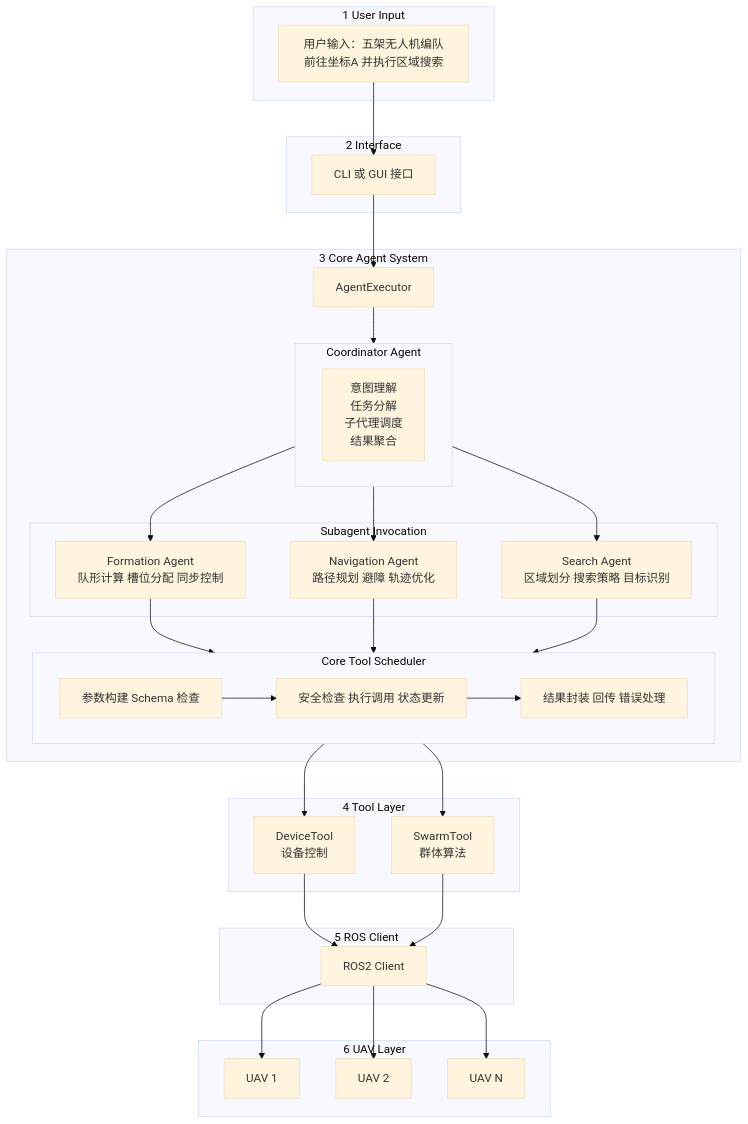
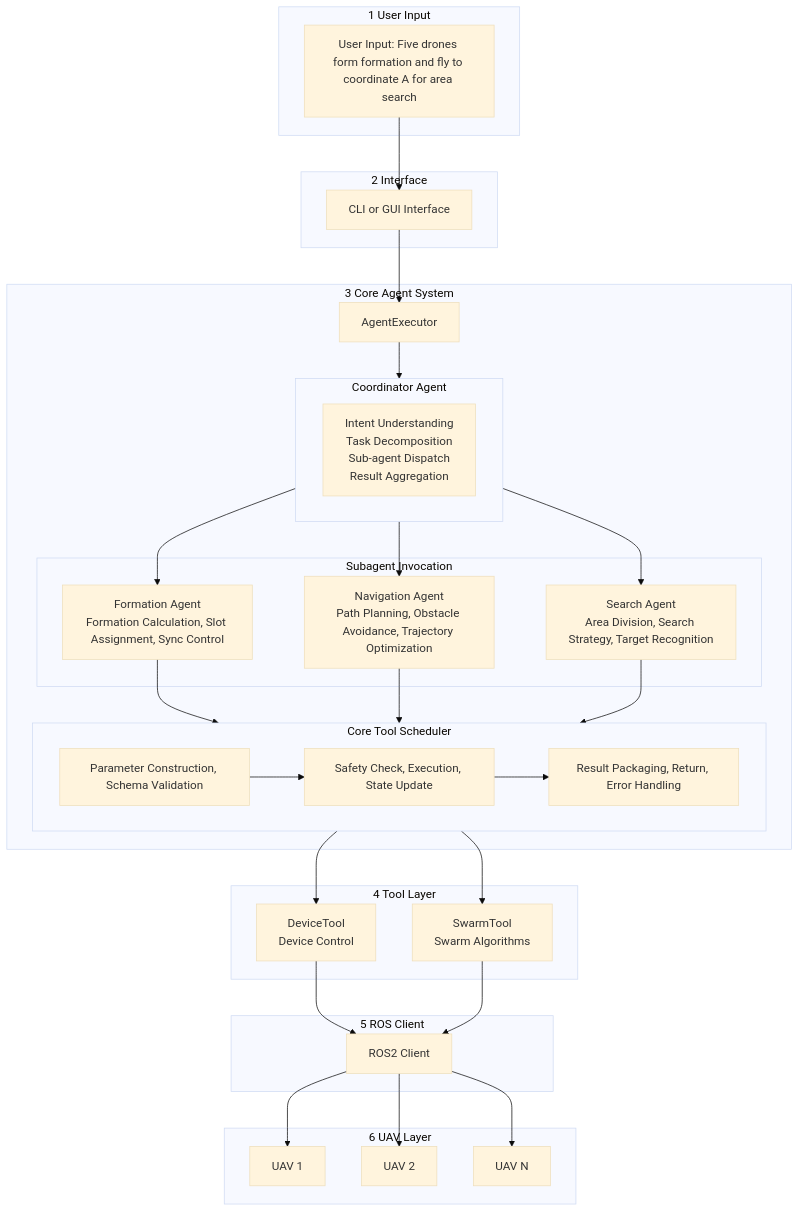
The diagram in uavcommander/README.md (vixues/Ros-GUI), drawn with Mermaid (base theme) before and after one commit. The commit also changed other lines of this file, not shown here.

```diff
--- a/uavcommander/README.md
+++ b/uavcommander/README.md
@@ -35,7 +36,7 @@
 %% 1 User Input
 %% ================================
 subgraph L1[1 User Input]
-    UI[用户输入：五架无人机编队前往坐标A 并执行区域搜索]
+    UI[User Input: Five drones form formation and fly to coordinate A for area search]
 end
 
 
@@ -43,7 +44,7 @@
 %% 2 Interface Layer
 %% ================================
 subgraph L2[2 Interface]
-    IF[CLI 或 GUI 接口]
+    IF[CLI or GUI Interface]
 end
 UI --> IF
 IF --> AE
@@ -57,15 +58,15 @@
     AE[AgentExecutor]
 
     subgraph COORD[Coordinator Agent]
-        COF[意图理解<br/>任务分解<br/>子代理调度<br/>结果聚合]
+        COF[Intent Understanding<br/>Task Decomposition<br/>Sub-agent Dispatch<br/>Result Aggregation]
     end
 
     AE --> COORD
 
     subgraph SUB[Subagent Invocation]
-        F[Formation Agent<br/>队形计算 槽位分配 同步控制]
-        N[Navigation Agent<br/>路径规划 避障 轨迹优化]
-        S[Search Agent<br/>区域划分 搜索策略 目标识别]
+        F[Formation Agent<br/>Formation Calculation, Slot Assignment, Sync Control]
+        N[Navigation Agent<br/>Path Planning, Obstacle Avoidance, Trajectory Optimization]
+        S[Search Agent<br/>Area Division, Search Strategy, Target Recognition]
     end
 
     COORD --> F
@@ -73,9 +74,9 @@
     COORD --> S
 
     subgraph SCHED[Core Tool Scheduler]
-        INV[参数构建 Schema 检查]
-        EXEC[安全检查 执行调用 状态更新]
-        RES[结果封装 回传 错误处理]
+        INV[Parameter Construction, Schema Validation]
+        EXEC[Safety Check, Execution, State Update]
+        RES[Result Packaging, Return, Error Handling]
         INV --> EXEC --> RES
     end
 
@@ -90,8 +91,8 @@
 %% 4 Tool Layer
 %% ================================
 subgraph L4[4 Tool Layer]
-    DT[DeviceTool<br/>设备控制]
-    ST[SwarmTool<br/>群体算法]
+    DT[DeviceTool<br/>Device Control]
+    ST[SwarmTool<br/>Swarm Algorithms]
 end
 
 SCHED --> DT
```
